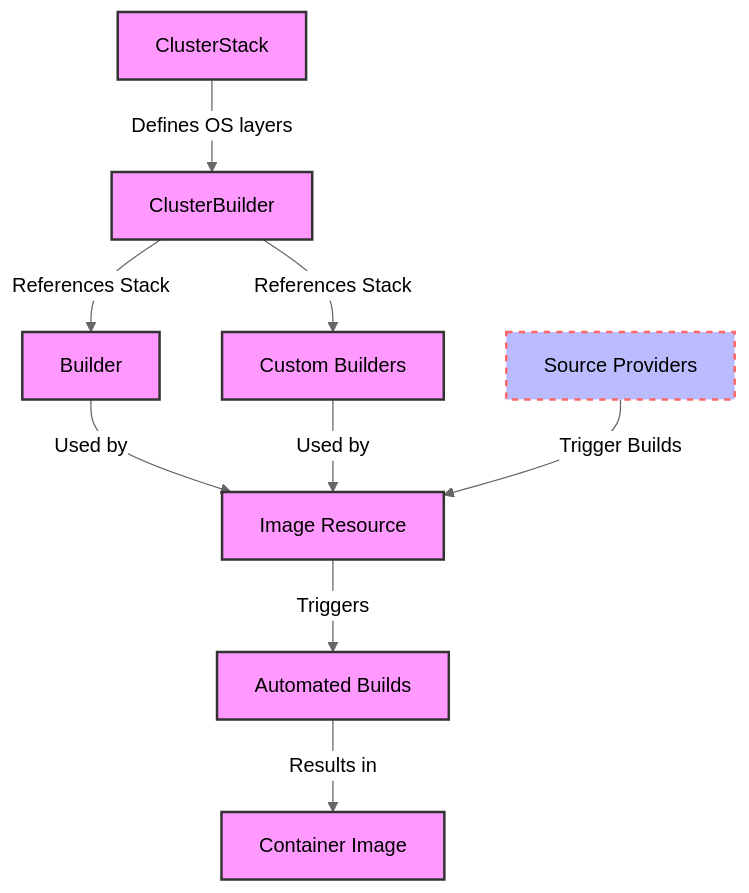
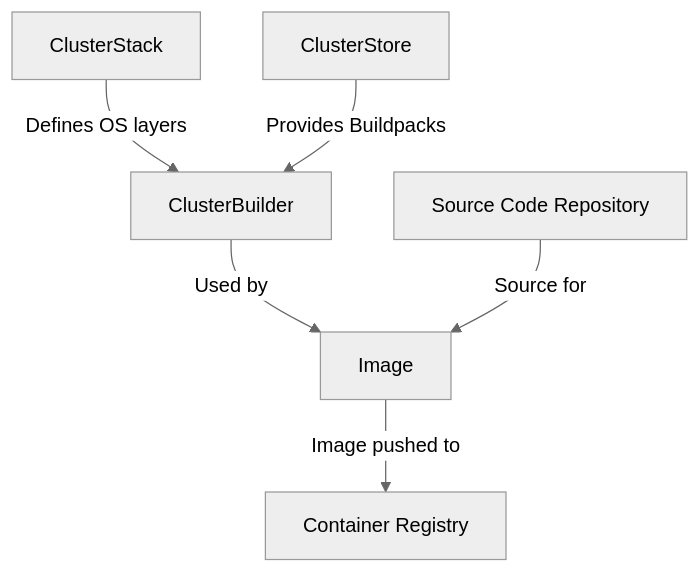
Before and after one commit to PradeepLoganathan/pradeepl-blog: the diagram in content/blog/kpack/index.md, drawn with Mermaid (neutral theme). The commit also changed other lines of this file and 2 other files, not shown here.

```diff
--- a/content/blog/kpack/index.md
+++ b/content/blog/kpack/index.md
@@ -80,17 +154,8 @@
 {{< mermaid >}}
-graph TB
-    CS[ClusterStack] -->|Defines OS layers| CB[ClusterBuilder]
-    CB -->|References Stack| B[Builder]
-    CB -->|References Stack| CUB[Custom Builders]
-    B -->|Used by| IR[Image Resource]
-    CUB -->|Used by| IR
-    SP[Source Providers] -->|Trigger Builds| IR
-    IR -->|Triggers| AB[Automated Builds]
-    AB -->|Results in| CI[Container Image]
-
-    classDef default fill:#f9f,stroke:#333,stroke-width:2px;
-    classDef k8s fill:#bbf,stroke:#f66,stroke-width:2px,stroke-dasharray: 5, 5;
-    class CS,CB,B,CUB,IR,AB,CI default;
-    class SP k8s;
-
+graph TD
+  CS[ClusterStack] -->|Defines OS layers| CB[ClusterBuilder]
+  Store[ClusterStore] -->|Provides Buildpacks| CB
+  CB -->|Used by| IR[Image]
+  Repo[Source Code Repository] -->|Source for| IR
+  IR -->|Image pushed to| Registry[Container Registry]
 {{< /mermaid >}}
```
